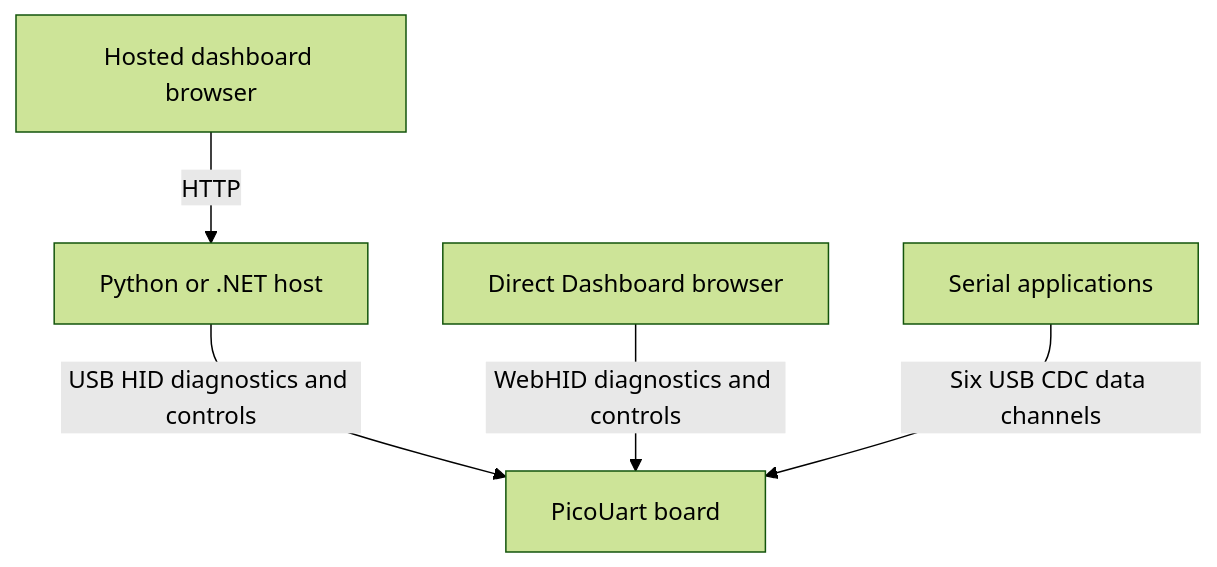
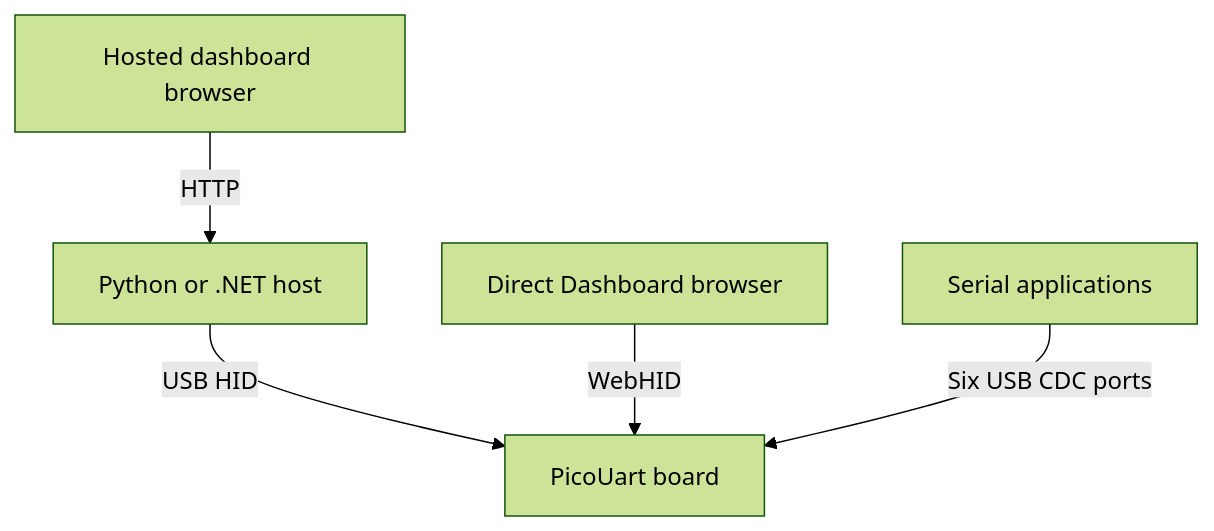
Before and after one commit to djwinter29-oss/PicoUart: the diagram in docs/development/host-tools.md, drawn with Mermaid (forest theme). The commit also changed other lines of this file and 38 other files, not shown here.

````diff
--- a/docs/development/host-tools.md
+++ b/docs/development/host-tools.md
@@ -23,7 +14,7 @@
 ```mermaid
 flowchart TD
     HostedPage["Hosted dashboard browser"] -->|"HTTP"| HostedBackend["Python or .NET host"]
-    HostedBackend -->|"USB HID diagnostics and controls"| PicoBoard["PicoUart board"]
-    DirectPage["Direct Dashboard browser"] -->|"WebHID diagnostics and controls"| PicoBoard
-    SerialApps["Serial applications"] -->|"Six USB CDC data channels"| PicoBoard
+    HostedBackend -->|"USB HID"| PicoBoard["PicoUart board"]
+    DirectPage["Direct Dashboard browser"] -->|"WebHID"| PicoBoard
+    SerialApps["Serial applications"] -->|"Six USB CDC ports"| PicoBoard
 ```
````
